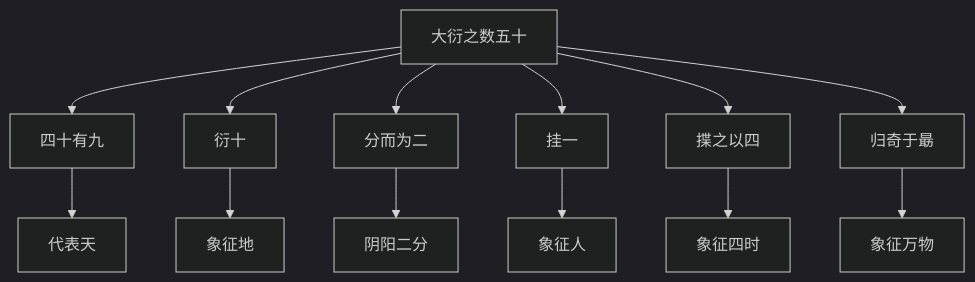
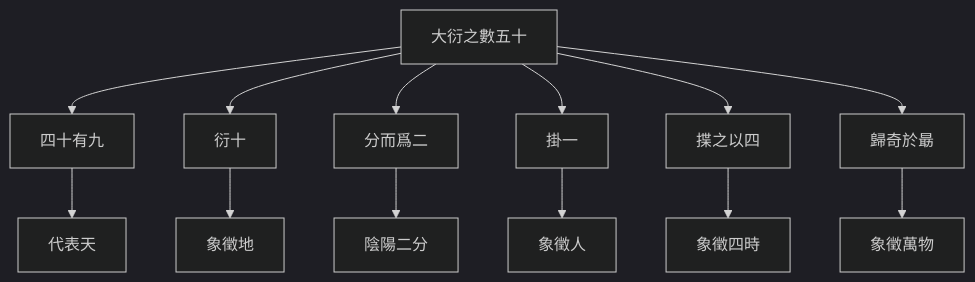
Before and after one commit to kmjade/knowledge-value: the first of 5 diagrams in 3 Resources/04-Interests/易学/03-占卜方法/蓍草占卜法.md, drawn with Mermaid (dark theme). The commit also changed other lines of this file and 49 other files, not shown here.

````diff
--- a/3 Resources/04-Interests/易学/03-占卜方法/蓍草占卜法.md
+++ b/3 Resources/04-Interests/易学/03-占卜方法/蓍草占卜法.md
@@ -22,16 +22,16 @@
 ```mermaid
 graph TB
-    A[大衍之数五十] --> B[四十有九]
+    A[大衍之數五十] --> B[四十有九]
     A --> C[衍十]
-    A --> D[分而为二]
-    A --> E[挂一]
+    A --> D[分而爲二]
+    A --> E[掛一]
     A --> F[揲之以四]
-    A --> G[归奇于朂]
+    A --> G[歸奇於朂]
     
     B --> B1[代表天]
-    C --> C1[象征地]
-    D --> D1[阴阳二分]
-    E --> E1[象征人]
-    F --> F1[象征四时]
-    G --> G1[象征万物]
+    C --> C1[象徵地]
+    D --> D1[陰陽二分]
+    E --> E1[象徵人]
+    F --> F1[象徵四時]
+    G --> G1[象徵萬物]
 ```
````
